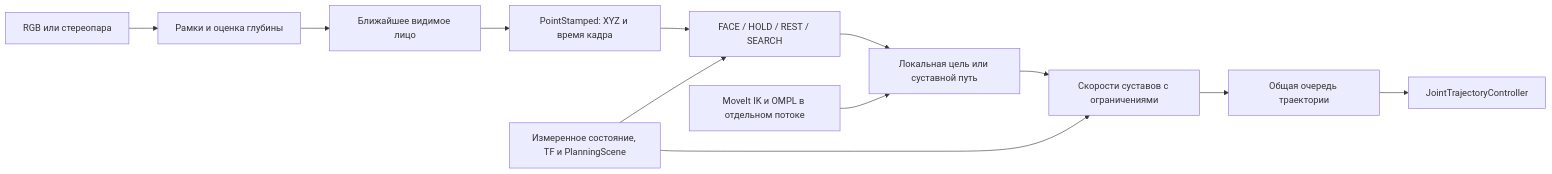
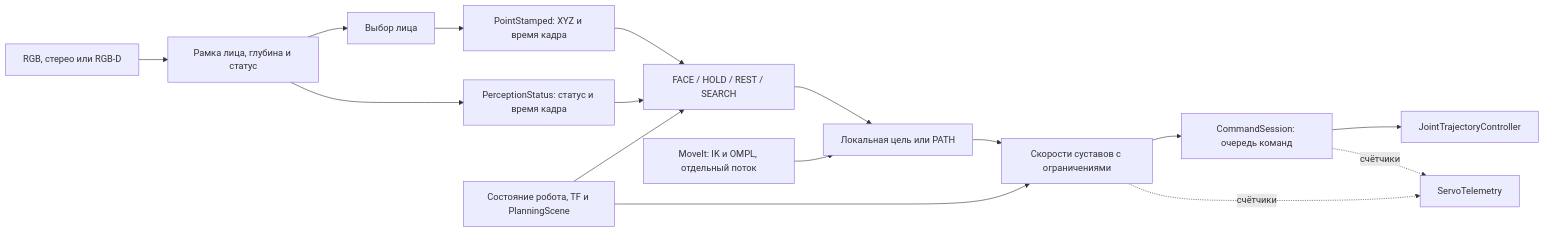
One commit to YARzich/face_tracking_arm changed the diagram in docs/architecture.md. Above: the diagram before and after it, drawn with Mermaid. The commit also changed other lines of this file and 10 other files, not shown here.

````diff
--- a/docs/architecture.md
+++ b/docs/architecture.md
@@ -5,14 +34,18 @@
 ```mermaid
 flowchart LR
-  Camera[RGB или стереопара] --> Face[Рамки и оценка глубины]
-  Face --> Selection[Ближайшее видимое лицо]
+  Camera[RGB, стерео или RGB-D] --> Vision[Рамка лица, глубина и статус]
+  Vision --> Selection[Выбор лица]
   Selection --> Point[PointStamped: XYZ и время кадра]
+  Vision --> Status[PerceptionStatus: статус и время кадра]
   Point --> Tracking[FACE / HOLD / REST / SEARCH]
-  Tracking --> Reference[Локальная цель или суставной путь]
-  Planner[MoveIt IK и OMPL в отдельном потоке] --> Reference
+  Status --> Tracking
+  Tracking --> Reference[Локальная цель или PATH]
+  Planner[MoveIt: IK и OMPL, отдельный поток] --> Reference
   Reference --> QP[Скорости суставов с ограничениями]
-  QP --> Queue[Общая очередь траектории]
+  QP --> Queue[CommandSession: очередь команд]
   Queue --> JTC[JointTrajectoryController]
-  State[Измеренное состояние, TF и PlanningScene] --> Tracking
+  State[Состояние робота, TF и PlanningScene] --> Tracking
   State --> QP
+  QP -. счётчики .-> Telemetry[ServoTelemetry]
+  Queue -. счётчики .-> Telemetry
 ```
````
